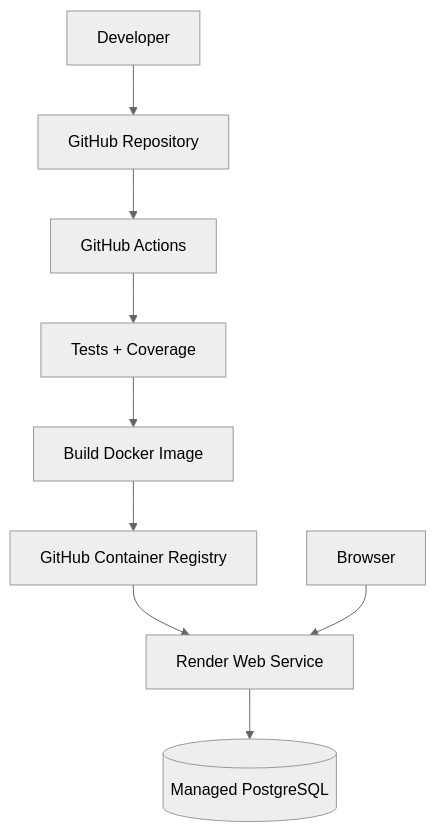
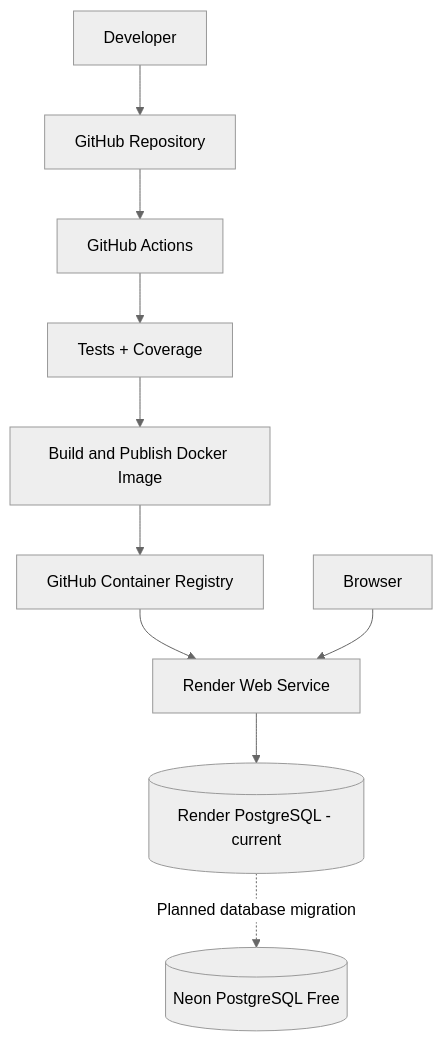
One commit to nestorNiloy/dualtrack-enterprise changed the ninth of 9 diagrams in README.md. Above: the diagram before and after it, drawn with Mermaid (neutral theme). The commit also changed other lines of this file, not shown here.

Commit message:
docs: update deployment status and Neon migration plan

````diff
--- a/README.md
+++ b/README.md
@@ -829,11 +836,12 @@
 ```mermaid
 flowchart TD
     DEV["Developer"] --> GIT["GitHub Repository"]
     GIT --> CI["GitHub Actions"]
     CI --> TEST["Tests + Coverage"]
-    TEST --> IMAGE["Build Docker Image"]
+    TEST --> IMAGE["Build and Publish Docker Image"]
     IMAGE --> GHCR["GitHub Container Registry"]
     GHCR --> RENDER["Render Web Service"]
-    RENDER --> DB[("Managed PostgreSQL")]
+    RENDER --> DB[("Render PostgreSQL - current")]
     USER["Browser"] --> RENDER
+    DB -. "Planned database migration" .-> NEON[("Neon PostgreSQL Free")]
 ```
````
